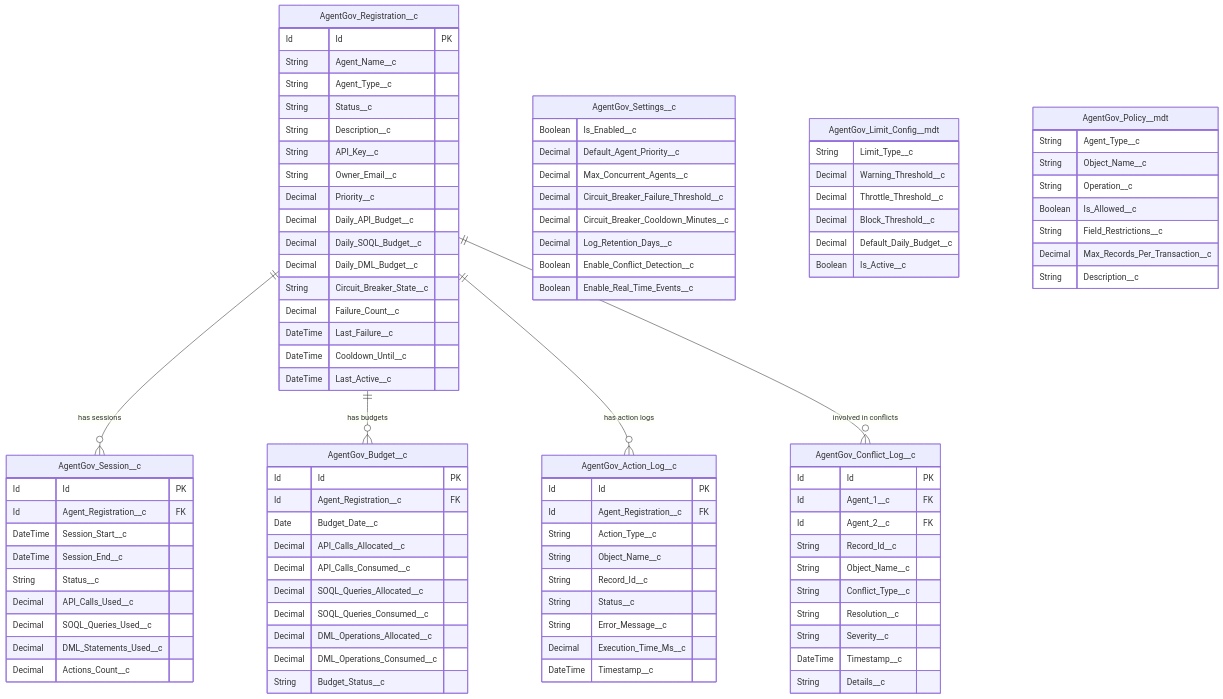
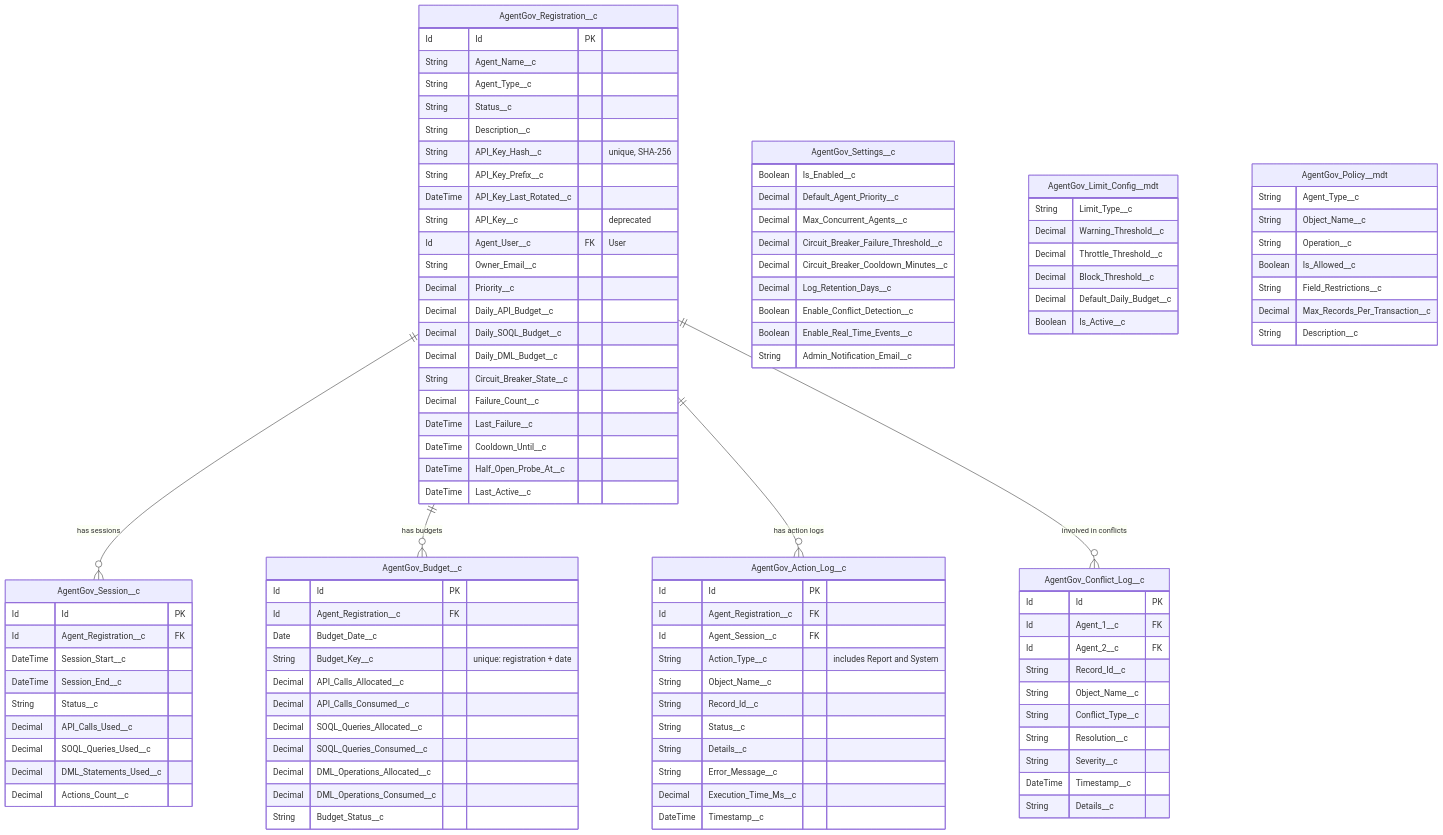
One commit to himanshupalerwal/salesforce-agent-governance changed the third of 6 diagrams in docs/architecture.md. Above: the diagram before and after it, drawn with Mermaid. The commit also changed other lines of this file and 19 other files, not shown here.

```diff
--- a/docs/architecture.md
+++ b/docs/architecture.md
@@ -134,7 +158,11 @@
         String Agent_Type__c
         String Status__c
         String Description__c
-        String API_Key__c
+        String API_Key_Hash__c "unique, SHA-256"
+        String API_Key_Prefix__c
+        DateTime API_Key_Last_Rotated__c
+        String API_Key__c "deprecated"
+        Id Agent_User__c FK "User"
         String Owner_Email__c
         Decimal Priority__c
         Decimal Daily_API_Budget__c
@@ -144,6 +172,7 @@
         Decimal Failure_Count__c
         DateTime Last_Failure__c
         DateTime Cooldown_Until__c
+        DateTime Half_Open_Probe_At__c
         DateTime Last_Active__c
     }
 
@@ -163,6 +192,7 @@
         Id Id PK
         Id Agent_Registration__c FK
         Date Budget_Date__c
+        String Budget_Key__c "unique: registration + date"
         Decimal API_Calls_Allocated__c
         Decimal API_Calls_Consumed__c
         Decimal SOQL_Queries_Allocated__c
@@ -175,10 +205,12 @@
     AgentGov_Action_Log__c {
         Id Id PK
         Id Agent_Registration__c FK
-        String Action_Type__c
+        Id Agent_Session__c FK
+        String Action_Type__c "includes Report and System"
         String Object_Name__c
         String Record_Id__c
         String Status__c
+        String Details__c
         String Error_Message__c
         Decimal Execution_Time_Ms__c
         DateTime Timestamp__c
@@ -206,6 +238,7 @@
         Decimal Log_Retention_Days__c
         Boolean Enable_Conflict_Detection__c
         Boolean Enable_Real_Time_Events__c
+        String Admin_Notification_Email__c
     }
 
     AgentGov_Limit_Config__mdt {
```
